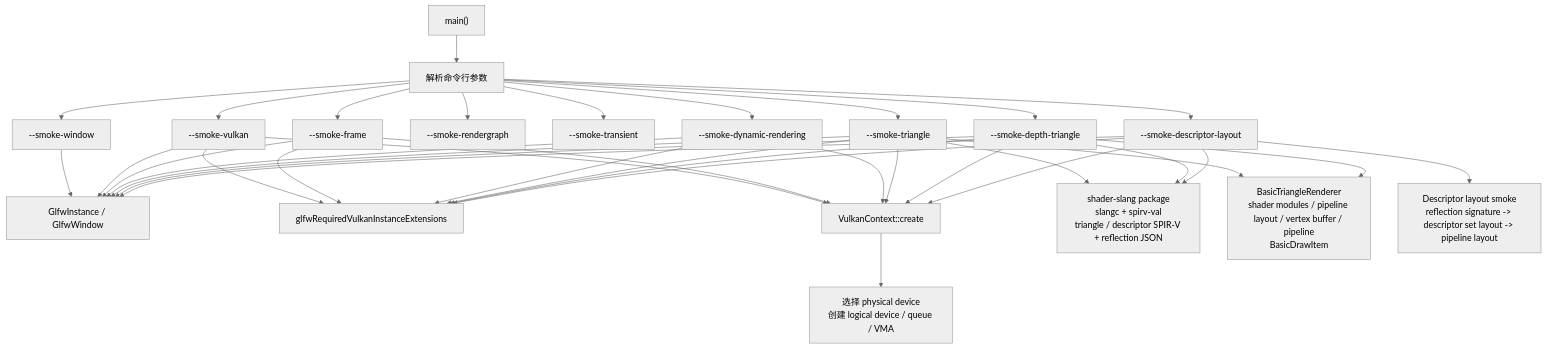
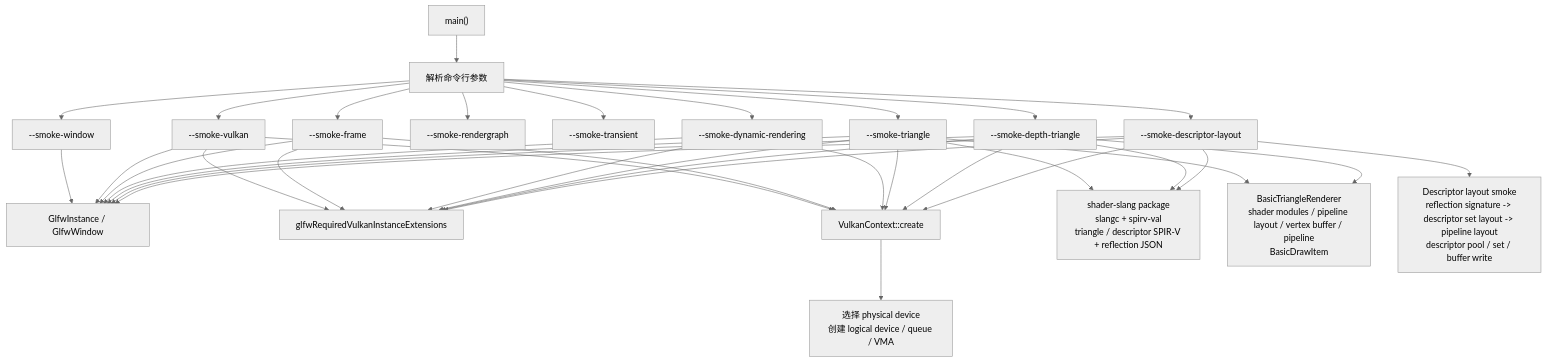
The second of 11 diagrams in docs/flow-architecture.md (66six11/Engine), drawn with Mermaid (neutral theme) before and after one commit. The commit also changed other lines of this file and 6 other files, not shown here.

Commit message:
feat: add descriptor set allocation smoke

````diff
--- a/docs/flow-architecture.md
+++ b/docs/flow-architecture.md
@@ -58,58 +58,58 @@
 ```mermaid
 flowchart TD
     Start["main()"]
     Args["解析命令行参数"]
     WindowSmoke["--smoke-window"]
     VulkanSmoke["--smoke-vulkan"]
     FrameSmoke["--smoke-frame"]
     RGSmoke["--smoke-rendergraph"]
     TransientSmoke["--smoke-transient"]
     DynamicSmoke["--smoke-dynamic-rendering"]
     TriangleSmoke["--smoke-triangle"]
     DepthTriangleSmoke["--smoke-depth-triangle"]
     DescriptorSmoke["--smoke-descriptor-layout"]
     GLFW["GlfwInstance / GlfwWindow"]
     Ext["glfwRequiredVulkanInstanceExtensions"]
     Context["VulkanContext::create"]
     Device["选择 physical device<br/>创建 logical device / queue / VMA"]
     ShaderBuild["shader-slang package<br/>slangc + spirv-val<br/>triangle / descriptor SPIR-V + reflection JSON"]
     RendererObject["BasicTriangleRenderer<br/>shader modules / pipeline layout / vertex buffer / pipeline<br/>BasicDrawItem"]
-    DescriptorLayout["Descriptor layout smoke<br/>reflection signature -> descriptor set layout -> pipeline layout"]
+    DescriptorLayout["Descriptor layout smoke<br/>reflection signature -> descriptor set layout -> pipeline layout<br/>descriptor pool / set / buffer write"]
 
     Start --> Args
     Args --> WindowSmoke
     Args --> VulkanSmoke
     Args --> FrameSmoke
     Args --> RGSmoke
     Args --> TransientSmoke
     Args --> DynamicSmoke
     Args --> TriangleSmoke
     Args --> DepthTriangleSmoke
     Args --> DescriptorSmoke
     WindowSmoke --> GLFW
     VulkanSmoke --> GLFW
     VulkanSmoke --> Ext
     VulkanSmoke --> Context
     FrameSmoke --> GLFW
     FrameSmoke --> Ext
     FrameSmoke --> Context
     DynamicSmoke --> GLFW
     DynamicSmoke --> Ext
     DynamicSmoke --> Context
     TriangleSmoke --> GLFW
     TriangleSmoke --> Ext
     TriangleSmoke --> Context
     TriangleSmoke --> ShaderBuild
     TriangleSmoke --> RendererObject
     DepthTriangleSmoke --> GLFW
     DepthTriangleSmoke --> Ext
     DepthTriangleSmoke --> Context
     DepthTriangleSmoke --> ShaderBuild
     DepthTriangleSmoke --> RendererObject
     DescriptorSmoke --> GLFW
     DescriptorSmoke --> Ext
     DescriptorSmoke --> Context
     DescriptorSmoke --> ShaderBuild
     DescriptorSmoke --> DescriptorLayout
     Context --> Device
 ```
````
